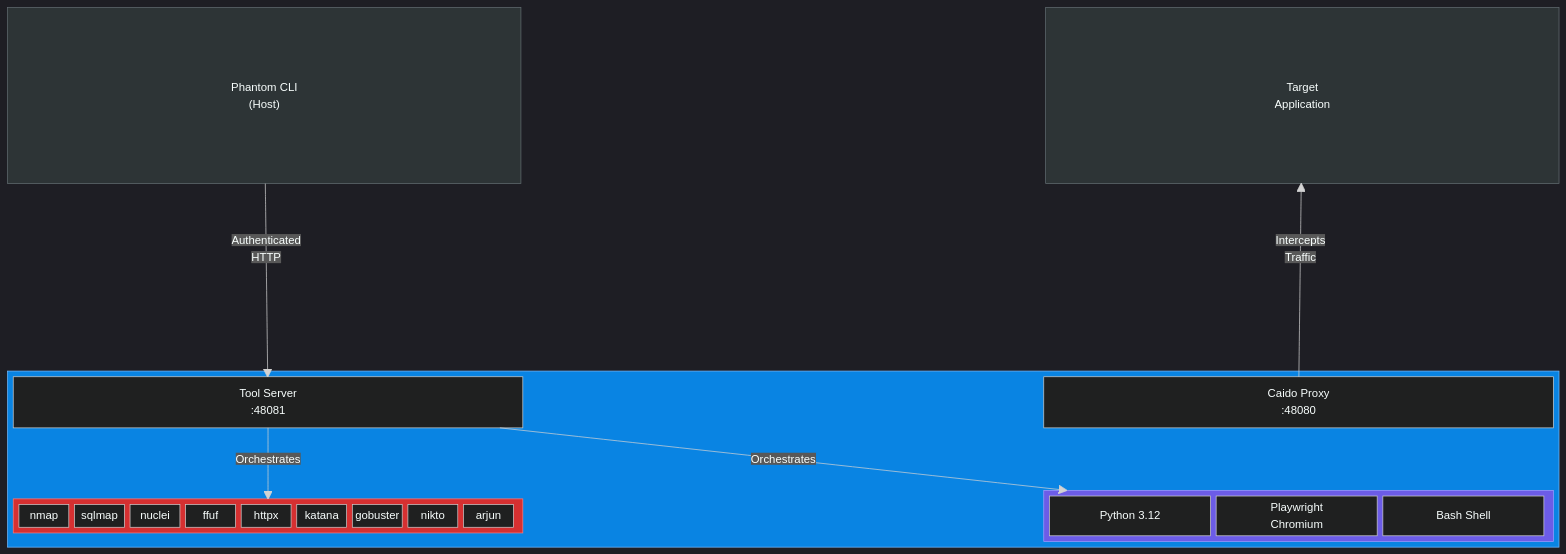
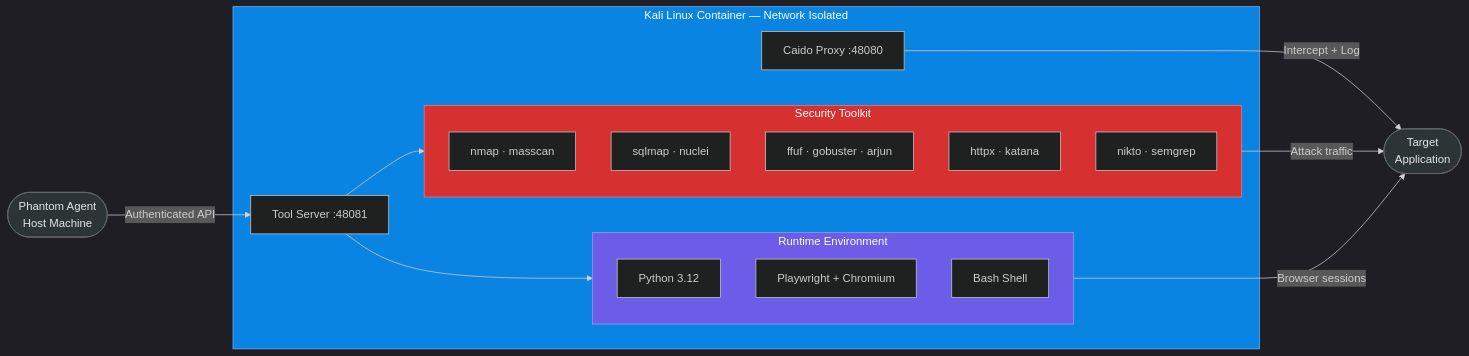
One commit to Usta0x001/Phantom changed the fourth of 5 diagrams in README.md. Above: the diagram before and after it, drawn with Mermaid. The commit also changed other lines of this file and 2 other files, not shown here.

Commit message:
docs: Redesign README — new diagrams, remove scan results, add repo topics

````diff
--- a/README.md
+++ b/README.md
@@ -242,51 +269,39 @@
 ```mermaid
-%%{init: {'theme': 'dark'}}%%
-block-beta
-  columns 3
+%%{init: {"theme": "dark"}}%%
+flowchart LR
+    HOST(["Phantom Agent\nHost Machine"])
 
-  CLI["Phantom CLI\n(Host)"]:1
-  space:1
-  Target["Target\nApplication"]:1
+    subgraph CONTAINER["Kali Linux Container — Network Isolated"]
+        TSRV["Tool Server :48081"]
+        PROXY["Caido Proxy :48080"]
 
-  space:3
+        subgraph TOOLKIT["Security Toolkit"]
+            SCA["nmap · masscan"]
+            INJ["sqlmap · nuclei"]
+            FUZ["ffuf · gobuster · arjun"]
+            WEB["httpx · katana"]
+            ANA["nikto · semgrep"]
+        end
 
-  block:container:3
-    columns 3
-    ToolAPI["Tool Server\n:48081"]:1
-    space:1
-    Proxy["Caido Proxy\n:48080"]:1
-
-    space:3
-
-    block:tools:1
-      nmap
-      sqlmap
-      nuclei
-      ffuf
-      httpx
-      katana
-      gobuster
-      nikto
-      arjun
+        subgraph RUNTIME["Runtime Environment"]
+            PY["Python 3.12"]
+            BR["Playwright + Chromium"]
+            SH["Bash Shell"]
+        end
     end
 
-    space:1
+    TARGET(["Target\nApplication"])
 
-    block:runtime:1
-      Python["Python 3.12"]
-      Browser["Playwright\nChromium"]
-      Shell["Bash Shell"]
-    end
-  end
+    HOST -- "Authenticated API" --> TSRV
+    TSRV --> TOOLKIT
+    TSRV --> RUNTIME
+    PROXY -- "Intercept + Log" --> TARGET
+    TOOLKIT -- "Attack traffic" --> TARGET
+    RUNTIME -- "Browser sessions" --> TARGET
 
-  CLI-- "Authenticated\nHTTP" -->ToolAPI
-  Proxy-- "Intercepts\nTraffic" -->Target
-  ToolAPI-- "Orchestrates" -->tools
-  ToolAPI-- "Orchestrates" -->runtime
-
-  style container fill:#0984e3,stroke:#74b9ff,color:#fff
-  style tools fill:#d63031,stroke:#ff7675,color:#fff
-  style runtime fill:#6c5ce7,stroke:#a29bfe,color:#fff
-  style CLI fill:#2d3436,stroke:#636e72,color:#dfe6e9
-  style Target fill:#2d3436,stroke:#636e72,color:#dfe6e9
+    style CONTAINER fill:#0984e3,stroke:#74b9ff,color:#ffffff
+    style TOOLKIT fill:#d63031,stroke:#ff7675,color:#ffffff
+    style RUNTIME fill:#6c5ce7,stroke:#a29bfe,color:#ffffff
+    style HOST fill:#2d3436,stroke:#636e72,color:#dfe6e9
+    style TARGET fill:#2d3436,stroke:#636e72,color:#dfe6e9
 ```
````
